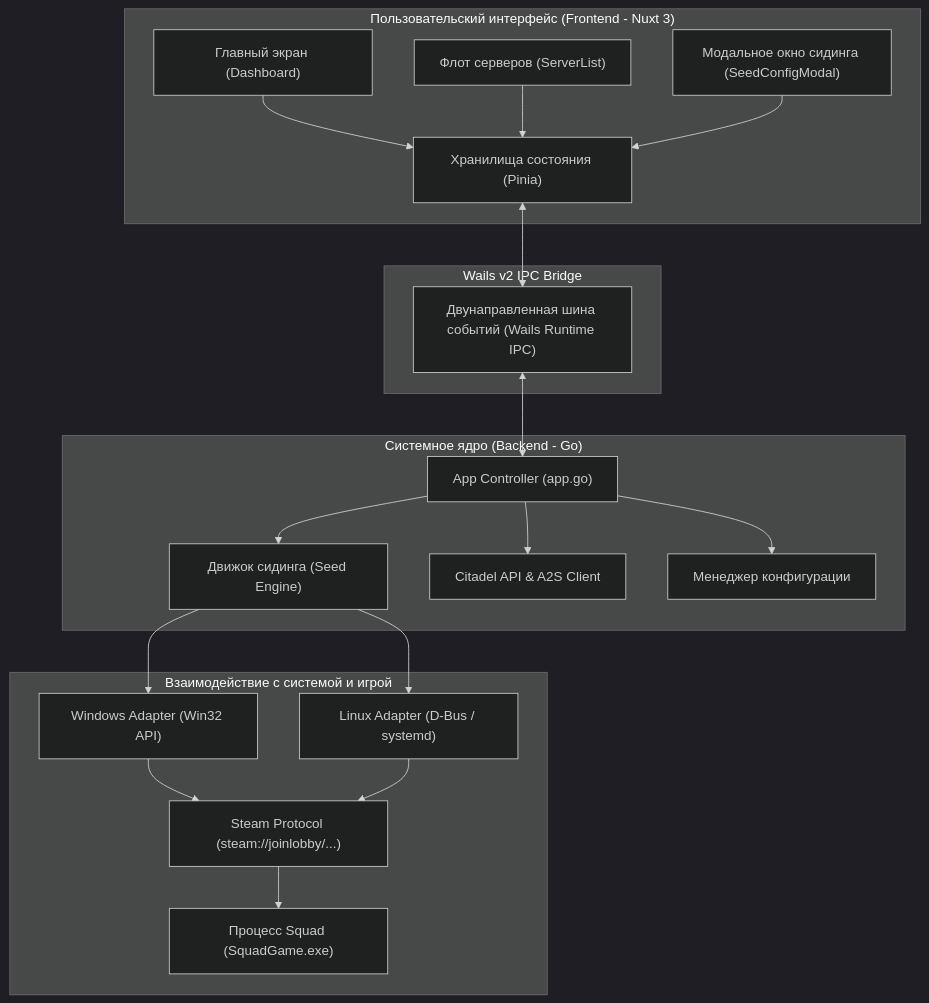
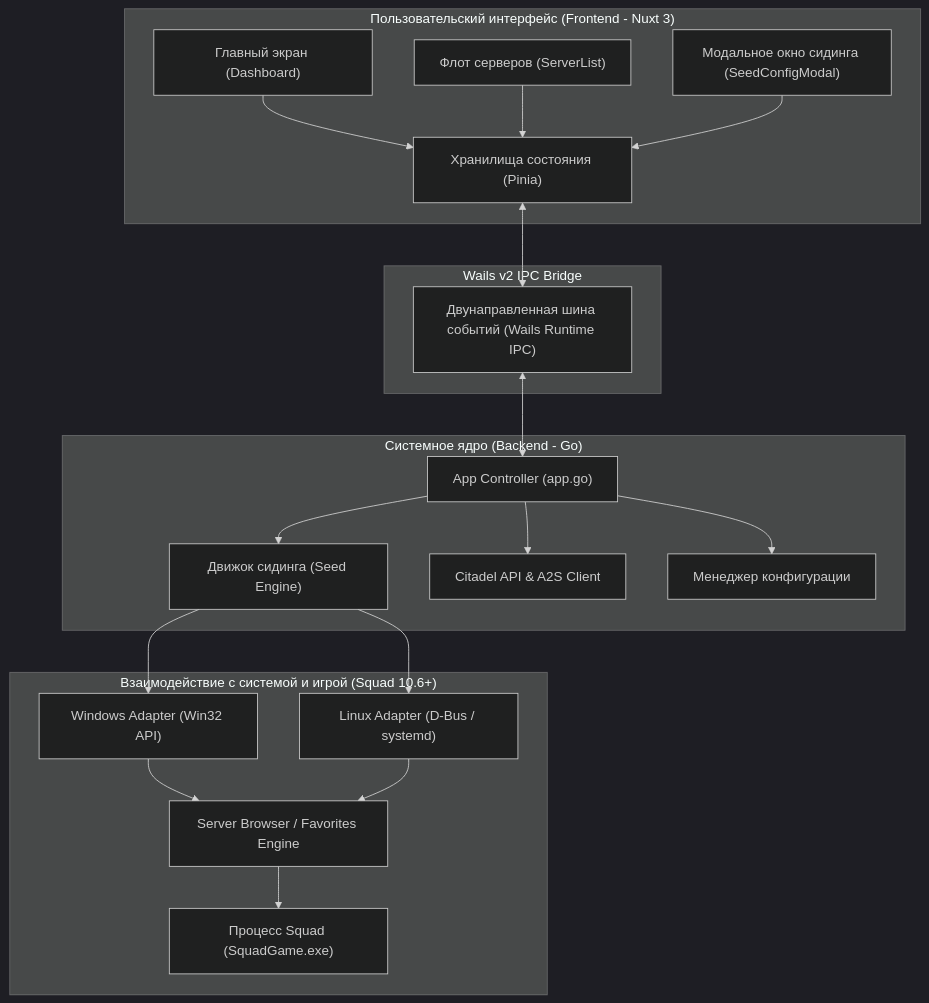
One commit to genprayer/CitadelSentry changed the first of 4 diagrams in ARCHITECTURE.md. Above: the diagram before and after it, drawn with Mermaid (dark theme). The commit also changed other lines of this file and 4 other files, not shown here.

````diff
--- a/ARCHITECTURE.md
+++ b/ARCHITECTURE.md
@@ -11,42 +17,42 @@
 ```mermaid
 graph TD
     subgraph UI ["Пользовательский интерфейс (Frontend - Nuxt 3)"]
         Dashboard["Главный экран (Dashboard)"]
         ServerFleet["Флот серверов (ServerList)"]
         SeedConfig["Модальное окно сидинга (SeedConfigModal)"]
         PiniaStores["Хранилища состояния (Pinia)"]
         Dashboard --> PiniaStores
         ServerFleet --> PiniaStores
         SeedConfig --> PiniaStores
     end
 
     subgraph Bridge ["Wails v2 IPC Bridge"]
         IPC["Двунаправленная шина событий (Wails Runtime IPC)"]
         PiniaStores <--> IPC
     end
 
     subgraph Backend ["Системное ядро (Backend - Go)"]
         App["App Controller (app.go)"]
         SeedEngine["Движок сидинга (Seed Engine)"]
         CitadelClient["Citadel API & A2S Client"]
         SettingsMgr["Менеджер конфигурации"]
 
         IPC <--> App
         App --> SeedEngine
         App --> CitadelClient
         App --> SettingsMgr
     end
 
-    subgraph OS ["Взаимодействие с системой и игрой"]
+    subgraph OS ["Взаимодействие с системой и игрой (Squad 10.6+)"]
         WinAdapter["Windows Adapter (Win32 API)"]
         LinuxAdapter["Linux Adapter (D-Bus / systemd)"]
-        SteamClient["Steam Protocol (steam://joinlobby/...)"]
+        BrowserBridge["Server Browser / Favorites Engine"]
         SquadProcess["Процесс Squad (SquadGame.exe)"]
 
         SeedEngine --> WinAdapter
         SeedEngine --> LinuxAdapter
-        WinAdapter --> SteamClient
-        LinuxAdapter --> SteamClient
-        SteamClient --> SquadProcess
+        WinAdapter --> BrowserBridge
+        LinuxAdapter --> BrowserBridge
+        BrowserBridge --> SquadProcess
     end
 ```
````
